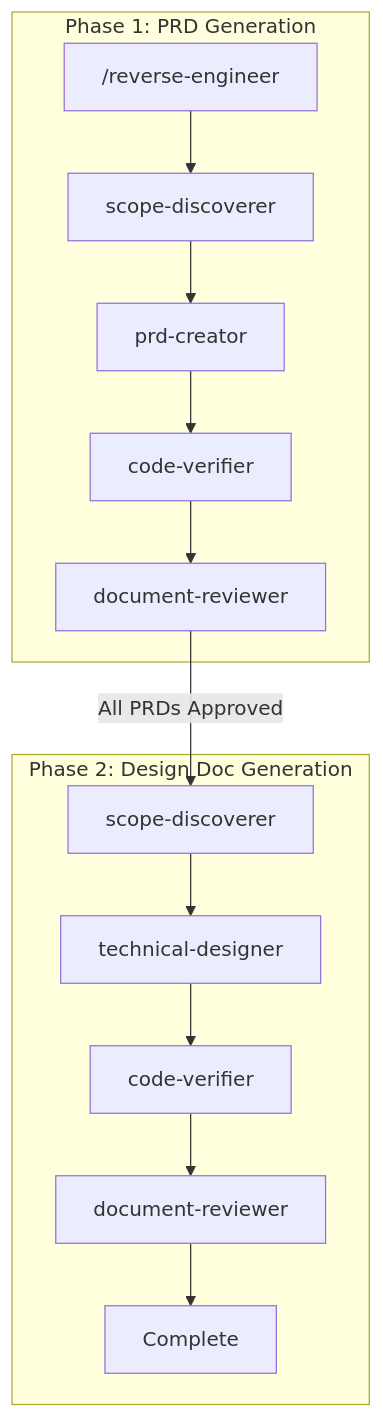
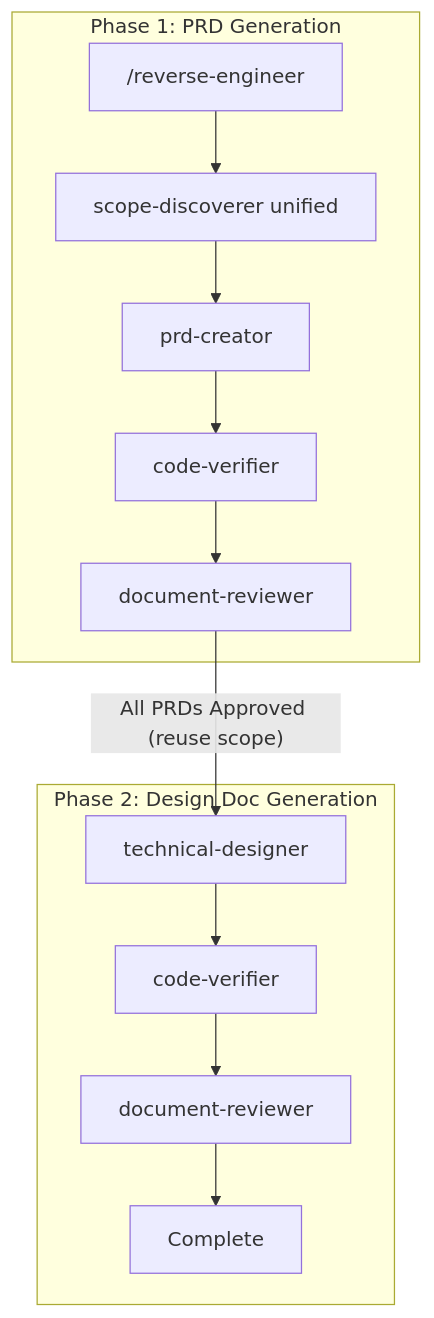
The second of 2 diagrams in README.md (shinpr/ai-coding-project-boilerplate), drawn with Mermaid before and after one commit. The commit also changed other lines of this file and 3 other files, not shown here.

First line of the commit message:
feat: unify scope-discoverer and add fullstack reverse-engineer support

````diff
--- a/README.md
+++ b/README.md
@@ -218,18 +217,17 @@
 ```mermaid
 graph TB
     subgraph Phase1[Phase 1: PRD Generation]
-        CMD["/reverse-engineer"] --> SD1[scope-discoverer]
-        SD1 --> PRD[prd-creator]
+        CMD["/reverse-engineer"] --> SD[scope-discoverer unified]
+        SD --> PRD[prd-creator]
         PRD --> CV1[code-verifier]
         CV1 --> DR1[document-reviewer]
     end
 
     subgraph Phase2[Phase 2: Design Doc Generation]
-        SD2[scope-discoverer] --> DD[technical-designer]
-        DD --> CV2[code-verifier]
+        TD[technical-designer] --> CV2[code-verifier]
         CV2 --> DR2[document-reviewer]
         DR2 --> DONE[Complete]
     end
 
-    DR1 --> |All PRDs Approved| SD2
+    DR1 --> |"All PRDs Approved (reuse scope)"| TD
 ```
````
